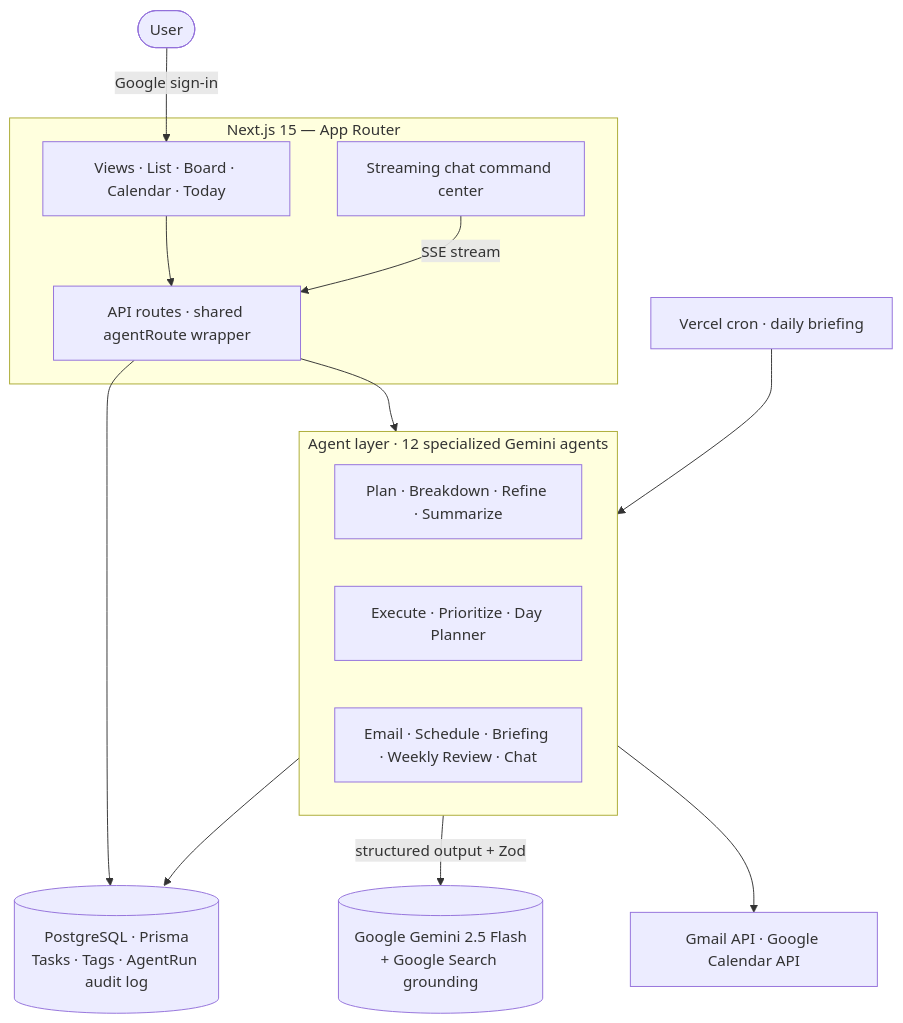
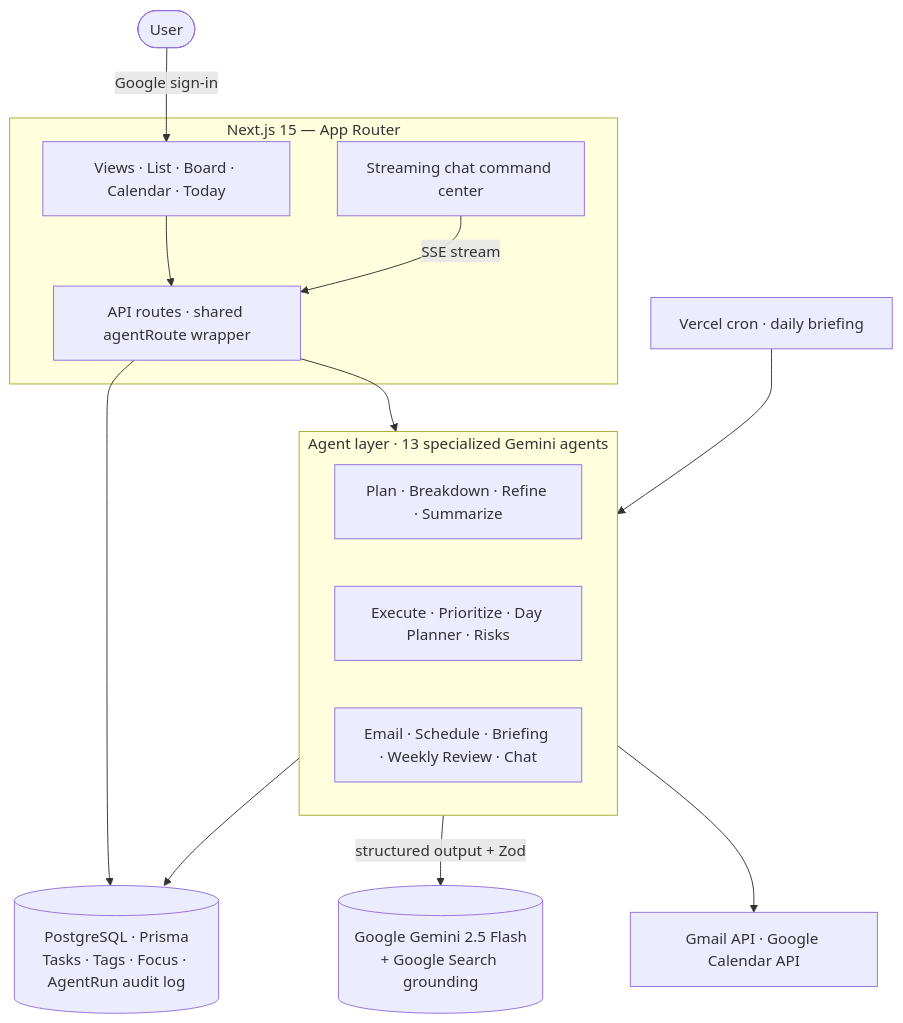
One commit to Barel-dev/Taskagent changed the diagram in README.md. Above: the diagram before and after it, drawn with Mermaid. The commit also changed other lines of this file, not shown here.

Commit message:
docs: README covers the new Risks agent, archive, notes, and focus analytics

````diff
--- a/README.md
+++ b/README.md
@@ -55,27 +56,27 @@
 ```mermaid
 flowchart TD
     User(["User"]) -->|"Google sign-in"| Views
 
     subgraph App ["Next.js 15 — App Router"]
         Views["Views · List · Board · Calendar · Today"]
         Chat["Streaming chat command center"]
         Routes["API routes · shared agentRoute wrapper"]
     end
 
     Views --> Routes
     Chat -->|"SSE stream"| Routes
     Routes --> Agents
 
-    subgraph Agents ["Agent layer · 12 specialized Gemini agents"]
+    subgraph Agents ["Agent layer · 13 specialized Gemini agents"]
         direction LR
         G1["Plan · Breakdown · Refine · Summarize"]
-        G2["Execute · Prioritize · Day Planner"]
+        G2["Execute · Prioritize · Day Planner · Risks"]
         G3["Email · Schedule · Briefing · Weekly Review · Chat"]
     end
 
     Agents -->|"structured output + Zod"| Gemini[("Google Gemini 2.5 Flash<br/>+ Google Search grounding")]
     Agents --> GoogleAPIs["Gmail API · Google Calendar API"]
-    Routes --> DB[("PostgreSQL · Prisma<br/>Tasks · Tags · AgentRun audit log")]
+    Routes --> DB[("PostgreSQL · Prisma<br/>Tasks · Tags · Focus · AgentRun audit log")]
     Agents --> DB
     Cron["Vercel cron · daily briefing"] --> Agents
 ```
````
